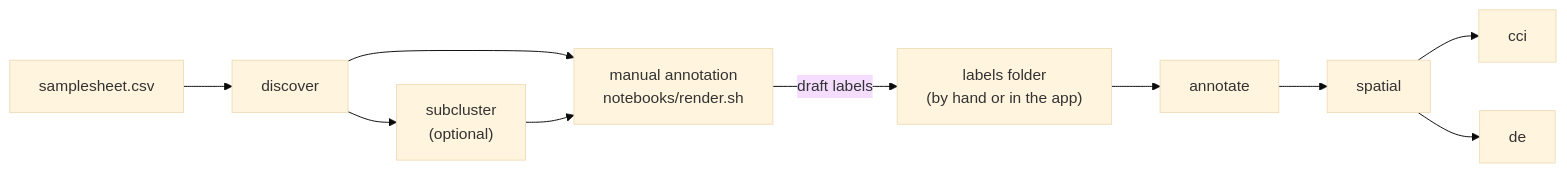
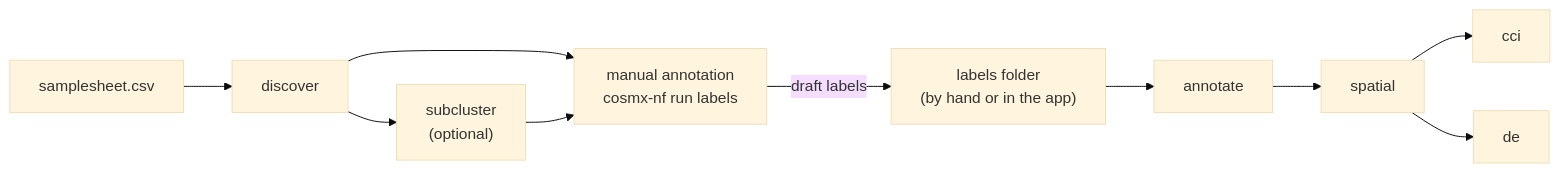
Before and after one commit to CharitidisKP/CosMx-Nf: the diagram in README.md, drawn with Mermaid (base theme). The commit also changed other lines of this file and 123 other files, not shown here.

````diff
--- a/README.md
+++ b/README.md
@@ -18,12 +19,12 @@
 ```mermaid
 flowchart LR
     SS[samplesheet.csv] --> D[discover]
     D --> SC["subcluster<br/>(optional)"]
-    D --> MA["manual annotation<br/>notebooks/render.sh"]
+    D --> MA["manual annotation<br/>cosmx-nf run labels"]
     SC --> MA
     MA -- "draft labels" --> LB["labels folder<br/>(by hand or in the app)"]
     LB --> AN[annotate]
     AN --> SP[spatial]
     SP --> CCI[cci]
     SP --> DE[de]
 ```
````
